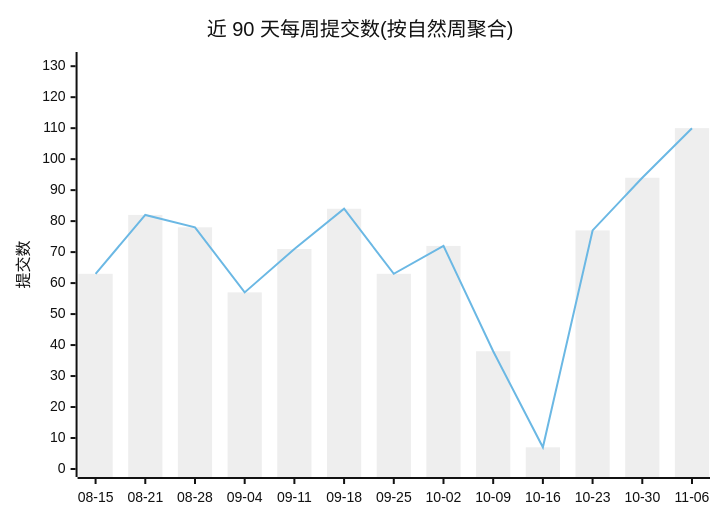
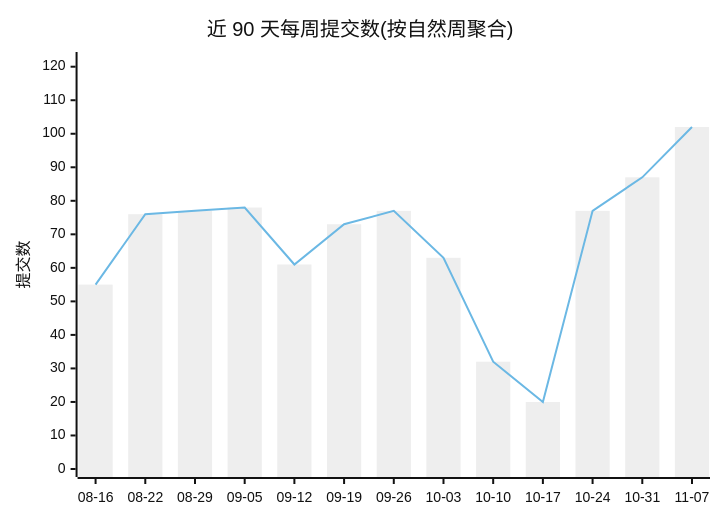
The first of 2 diagrams in profile/README.md (Conflux-Union/.github), drawn with Mermaid (neutral theme) before and after one commit. The commit also changed other lines of this file and 1 other file, not shown here.

````diff
--- a/profile/README.md
+++ b/profile/README.md
@@ -47,8 +47,8 @@
 ```mermaid
 xychart-beta
     title "近 90 天每周提交数(按自然周聚合)"
-    x-axis ["08-15", "08-21", "08-28", "09-04", "09-11", "09-18", "09-25", "10-02", "10-09", "10-16", "10-23", "10-30", "11-06"]
-    y-axis "提交数" 0 --> 132
-    bar [63, 82, 78, 57, 71, 84, 63, 72, 38, 7, 77, 94, 110]
-    line [63, 82, 78, 57, 71, 84, 63, 72, 38, 7, 77, 94, 110]
+    x-axis ["08-16", "08-22", "08-29", "09-05", "09-12", "09-19", "09-26", "10-03", "10-10", "10-17", "10-24", "10-31", "11-07"]
+    y-axis "提交数" 0 --> 122
+    bar [55, 76, 77, 78, 61, 73, 77, 63, 32, 20, 77, 87, 102]
+    line [55, 76, 77, 78, 61, 73, 77, 63, 32, 20, 77, 87, 102]
 ```
````
